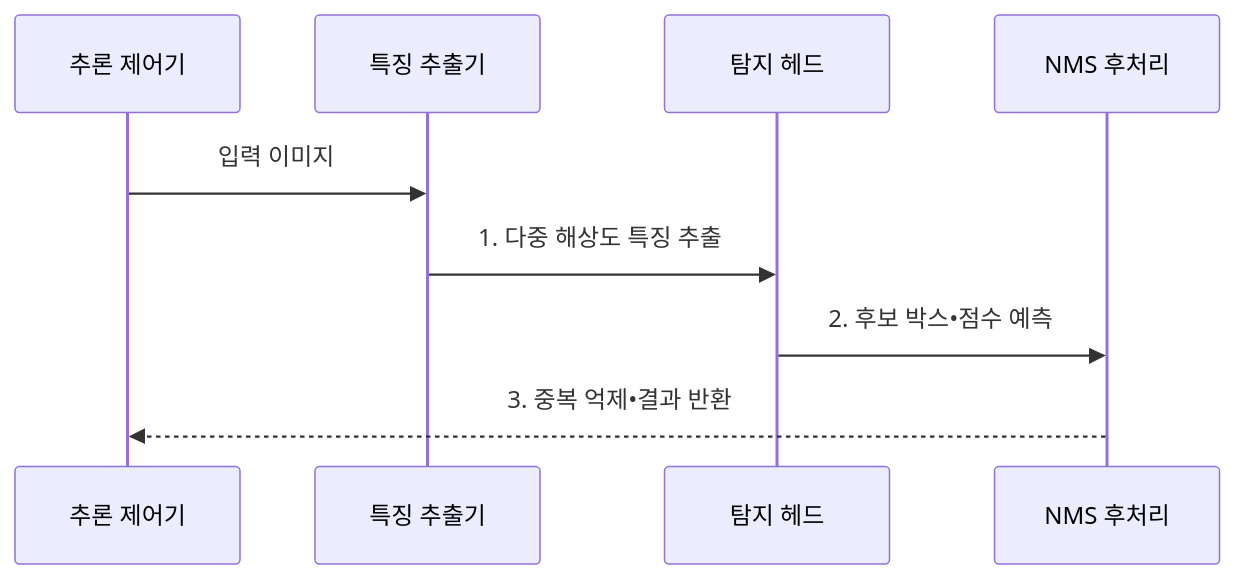
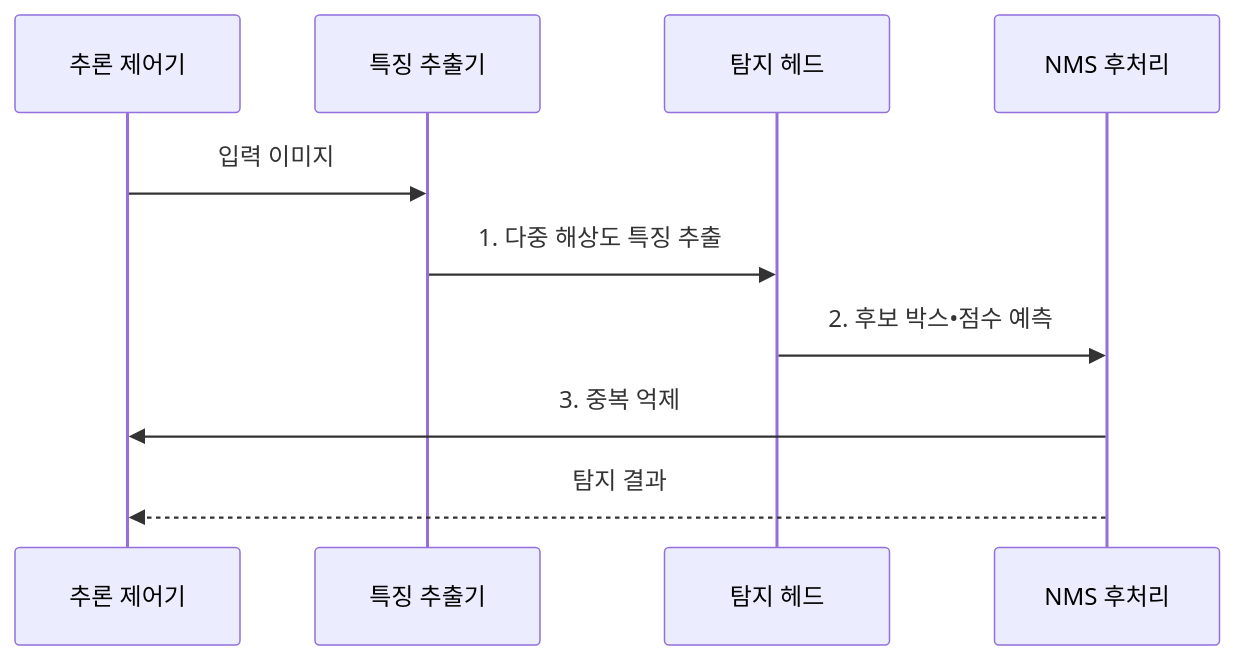
The second of 2 diagrams in src/content/docs/notes/01-basic-theory/055_object_detection.md (agnusdei1207/knowledge-base), drawn with Mermaid before and after one commit. The commit also changed other lines of this file and 20 other files, not shown here.

````diff
--- a/src/content/docs/notes/01-basic-theory/055_object_detection.md
+++ b/src/content/docs/notes/01-basic-theory/055_object_detection.md
@@ -81,11 +82,12 @@
 ```mermaid
 sequenceDiagram
     participant T as 추론 제어기
     participant F as 특징 추출기
     participant H as 탐지 헤드
     participant N as NMS 후처리
     T->>F: 입력 이미지
     F->>H: 1. 다중 해상도 특징 추출
     H->>N: 2. 후보 박스•점수 예측
-    N-->>T: 3. 중복 억제•결과 반환
+    N->>T: 3. 중복 억제
+    N-->>T: 탐지 결과
 ```
````
